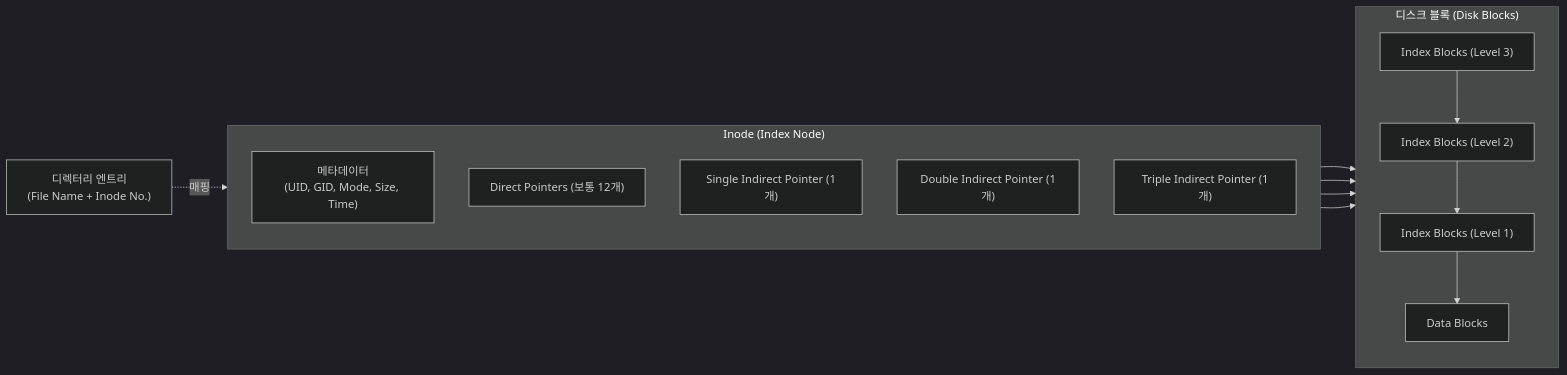
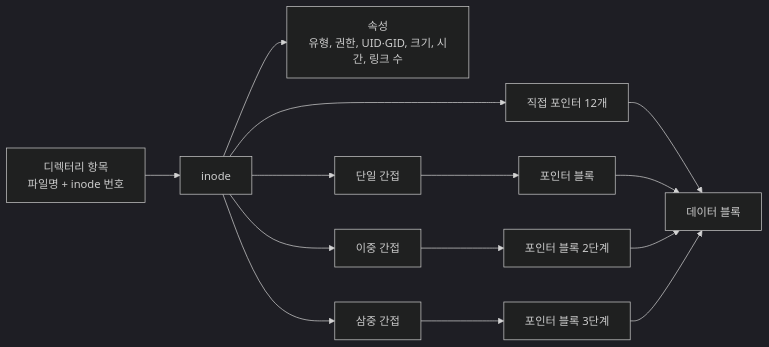
One commit to supremethumb/supremethumb.github.io changed the diagram in content/01_IT Tech/유닉스의 inode.md. Above: the diagram before and after it, drawn with Mermaid (dark theme). The commit also changed other lines of this file and 1087 other files, not shown here.

````diff
--- a/content/01_IT Tech/유닉스의 inode.md
+++ b/content/01_IT Tech/유닉스의 inode.md
@@ -26,30 +35,9 @@
 ```mermaid
 flowchart LR
-    Dir["디렉터리 엔트리<br/>(File Name + Inode No.)"] -. 매핑 .-> INODE
-
-    subgraph INODE["Inode (Index Node)"]
-        direction TB
-        Meta["메타데이터<br/>(UID, GID, Mode, Size, Time)"]
-        DP["Direct Pointers (보통 12개)"]
-        SIP["Single Indirect Pointer (1개)"]
-        DIP["Double Indirect Pointer (1개)"]
-        TIP["Triple Indirect Pointer (1개)"]
-    end
-
-    subgraph Storage["디스크 블록 (Disk Blocks)"]
-        direction TB
-        DB["Data Blocks"]
-        IB1["Index Blocks (Level 1)"]
-        IB2["Index Blocks (Level 2)"]
-        IB3["Index Blocks (Level 3)"]
-    end
-
-    DP --> DB
-    SIP --> IB1
-    IB1 --> DB
-    DIP --> IB2
-    IB2 --> IB1
-    TIP --> IB3
-    IB3 --> IB2
-
+    DIR["디렉터리 항목<br/>파일명 + inode 번호"] --> IN["inode"]
+    IN --> META["속성<br/>유형, 권한, UID·GID, 크기, 시간, 링크 수"]
+    IN --> DP["직접 포인터 12개"] --> DB["데이터 블록"]
+    IN --> SI["단일 간접"] --> IB1["포인터 블록"] --> DB
+    IN --> DI["이중 간접"] --> IB2["포인터 블록 2단계"] --> DB
+    IN --> TI["삼중 간접"] --> IB3["포인터 블록 3단계"] --> DB
 ```
````
